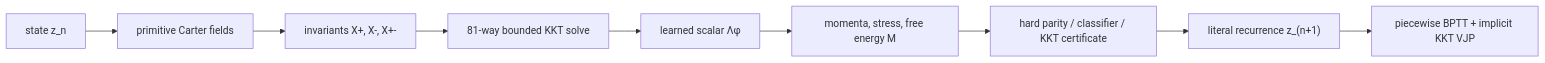
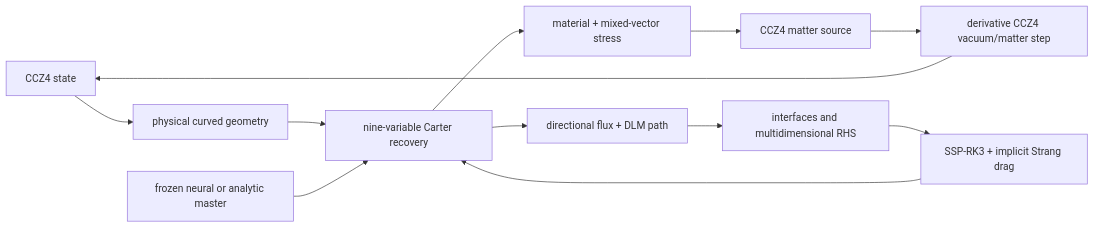
Before and after one commit to rynchpman-cmyk/Vulkan_Tesseract: the diagram in README.md, drawn with Mermaid. The commit also changed other lines of this file and 24 other files, not shown here.

````diff
--- a/README.md
+++ b/README.md
@@ -62,11 +128,14 @@
 ```mermaid
 flowchart LR
-    Z["state z_n"] --> P["primitive Carter fields"]
-    P --> I["invariants X+, X-, X+-"]
-    I --> K["81-way bounded KKT solve"]
-    K --> L["learned scalar Λφ"]
-    L --> C["momenta, stress, free energy M"]
-    C --> B["hard parity / classifier / KKT certificate"]
-    B --> F["literal recurrence z_(n+1)"]
-    F --> T["piecewise BPTT + implicit KKT VJP"]
+    C["CCZ4 state"] --> G["physical curved geometry"]
+    G --> R["nine-variable Carter recovery"]
+    N["frozen neural or analytic master"] --> R
+    R --> S["material + mixed-vector stress"]
+    R --> F["directional flux + DLM path"]
+    F --> I["interfaces and multidimensional RHS"]
+    I --> T["SSP-RK3 + implicit Strang drag"]
+    S --> Z["CCZ4 matter source"]
+    Z --> V["derivative CCZ4 vacuum/matter step"]
+    V --> C
+    T --> R
 ```
````
